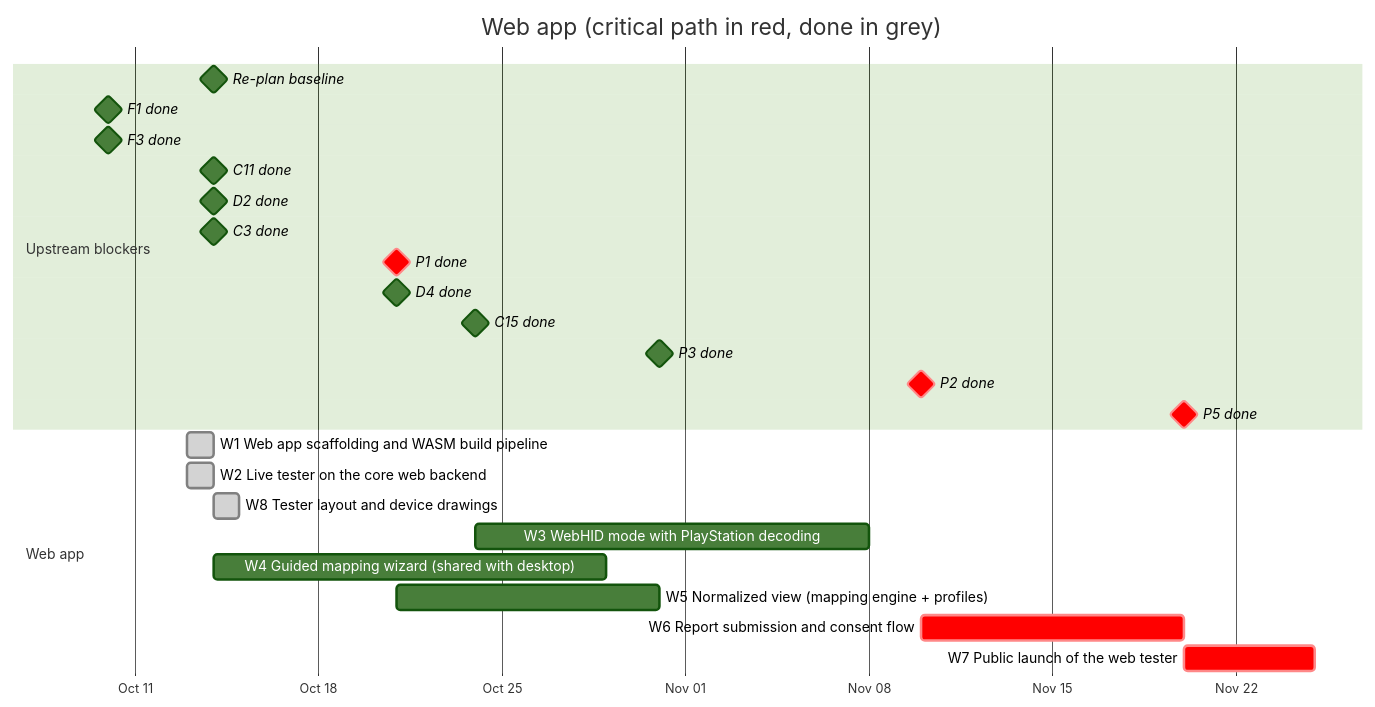
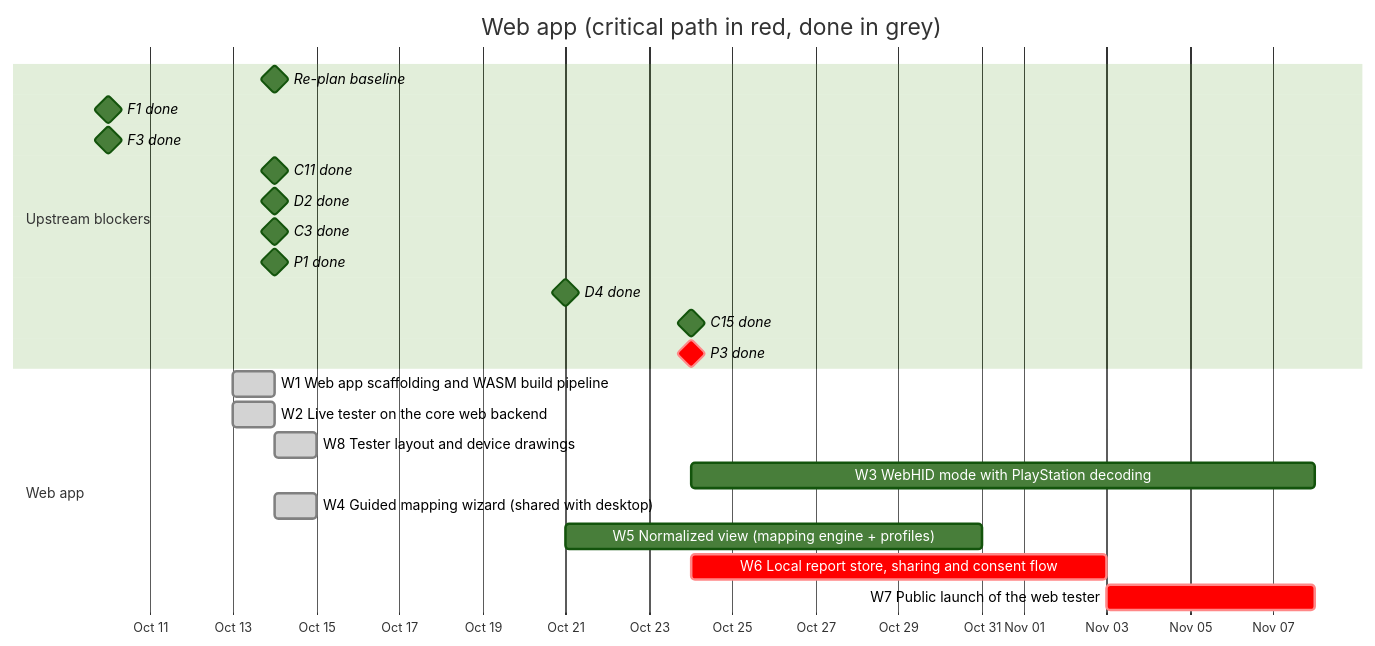
One commit to anygamepad/anygamepad.github.io changed the diagram in ROADMAP/2026-10-14/04-web-app.md. Above: the diagram before and after it, drawn with Mermaid (forest theme). The commit also changed other lines of this file and 48 other files, not shown here.

First line of the commit message:
Add device report schema, wizard, and local-first architecture (#10)

````diff
--- a/ROADMAP/2026-10-14/04-web-app.md
+++ b/ROADMAP/2026-10-14/04-web-app.md
@@ -19,28 +21,26 @@
 ```mermaid
 gantt
     dateFormat YYYY-MM-DD
     axisFormat %b %d
     title Web app (critical path in red, done in grey)
     section Upstream blockers
     Re-plan baseline :milestone, t0, 2026-10-14, 0d
     F1 done :milestone, f1, 2026-10-10, 0d
     F3 done :milestone, f3, 2026-10-10, 0d
     C11 done :milestone, c11, 2026-10-14, 0d
     D2 done :milestone, d2, 2026-10-14, 0d
     C3 done :milestone, c3, 2026-10-14, 0d
-    P1 done :milestone, crit, p1, 2026-10-21, 0d
+    P1 done :milestone, p1, 2026-10-14, 0d
     D4 done :milestone, d4, 2026-10-21, 0d
     C15 done :milestone, c15, 2026-10-24, 0d
-    P3 done :milestone, p3, 2026-10-31, 0d
-    P2 done :milestone, crit, p2, 2026-11-10, 0d
-    P5 done :milestone, crit, p5, 2026-11-20, 0d
+    P3 done :milestone, crit, p3, 2026-10-24, 0d
     section Web app
     W1 Web app scaffolding and WASM build pipeline :done, w1, 2026-10-13, 1d
     W2 Live tester on the core web backend :done, w2, 2026-10-13, 1d
     W8 Tester layout and device drawings :done, w8, 2026-10-14, 1d
     W3 WebHID mode with PlayStation decoding :w3, after w2 c15 w8, 15d
-    W4 Guided mapping wizard (shared with desktop) :w4, after w2 t0, 15d
+    W4 Guided mapping wizard (shared with desktop) :done, w4, 2026-10-14, 1d
     W5 Normalized view (mapping engine + profiles) :w5, after w2 c3 d2 d4, 10d
-    W6 Report submission and consent flow :crit, w6, after w4 p1 p2 p3, 10d
-    W7 Public launch of the web tester :crit, w7, after w5 w6 p5, 5d
+    W6 Local report store, sharing and consent flow :crit, w6, after w4 p1 p3, 10d
+    W7 Public launch of the web tester :crit, w7, after w5 w6, 5d
 ```
````
